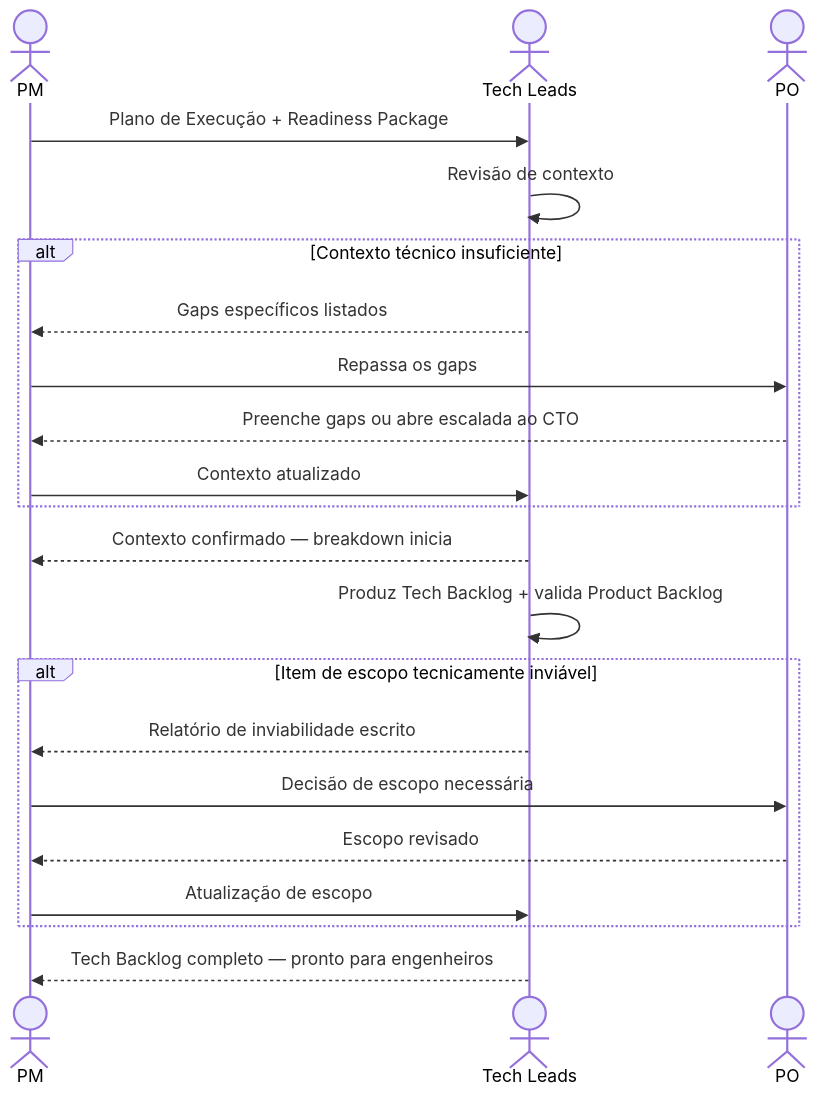
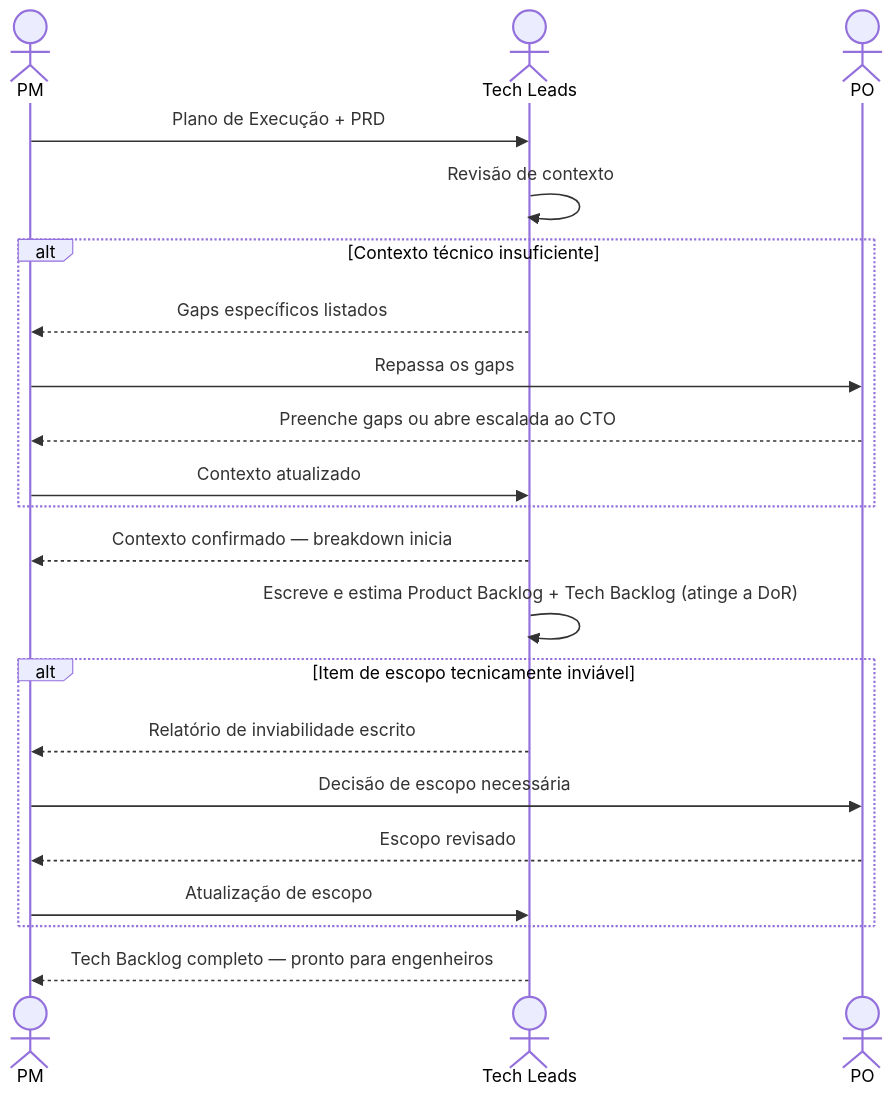
Before and after one commit to hugo-hsbtech/teamwork-process: the diagram in interactions/09-pm-to-tech-leads.md, drawn with Mermaid. The commit also changed other lines of this file and 15 other files, not shown here.

````diff
--- a/interactions/09-pm-to-tech-leads.md
+++ b/interactions/09-pm-to-tech-leads.md
@@ -62,28 +62,28 @@
 ```mermaid
 sequenceDiagram
     actor PM as PM
     actor TL as Tech Leads
     actor PO as PO
 
-    PM->>TL: Plano de Execução + Readiness Package
+    PM->>TL: Plano de Execução + PRD
     TL->>TL: Revisão de contexto
 
     alt Contexto técnico insuficiente
         TL-->>PM: Gaps específicos listados
         PM->>PO: Repassa os gaps
         PO-->>PM: Preenche gaps ou abre escalada ao CTO
         PM->>TL: Contexto atualizado
     end
 
     TL-->>PM: Contexto confirmado — breakdown inicia
-    TL->>TL: Produz Tech Backlog + valida Product Backlog
+    TL->>TL: Escreve e estima Product Backlog + Tech Backlog (atinge a DoR)
 
     alt Item de escopo tecnicamente inviável
         TL-->>PM: Relatório de inviabilidade escrito
         PM->>PO: Decisão de escopo necessária
         PO-->>PM: Escopo revisado
         PM->>TL: Atualização de escopo
     end
 
     TL-->>PM: Tech Backlog completo — pronto para engenheiros
 ```
````
